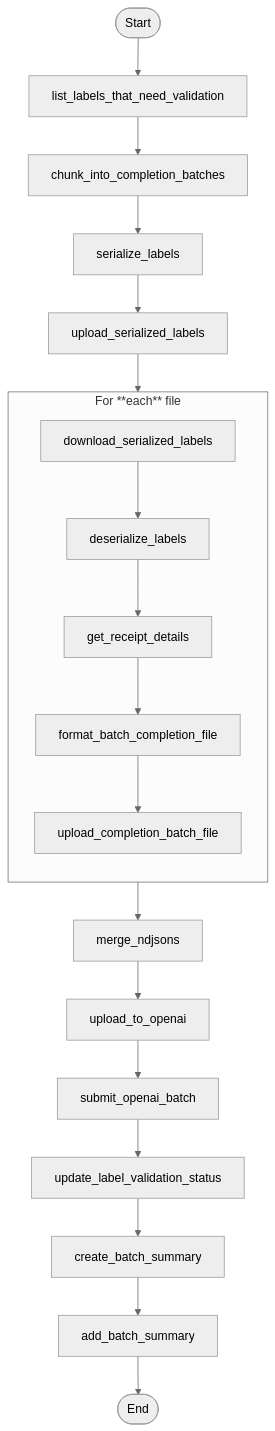
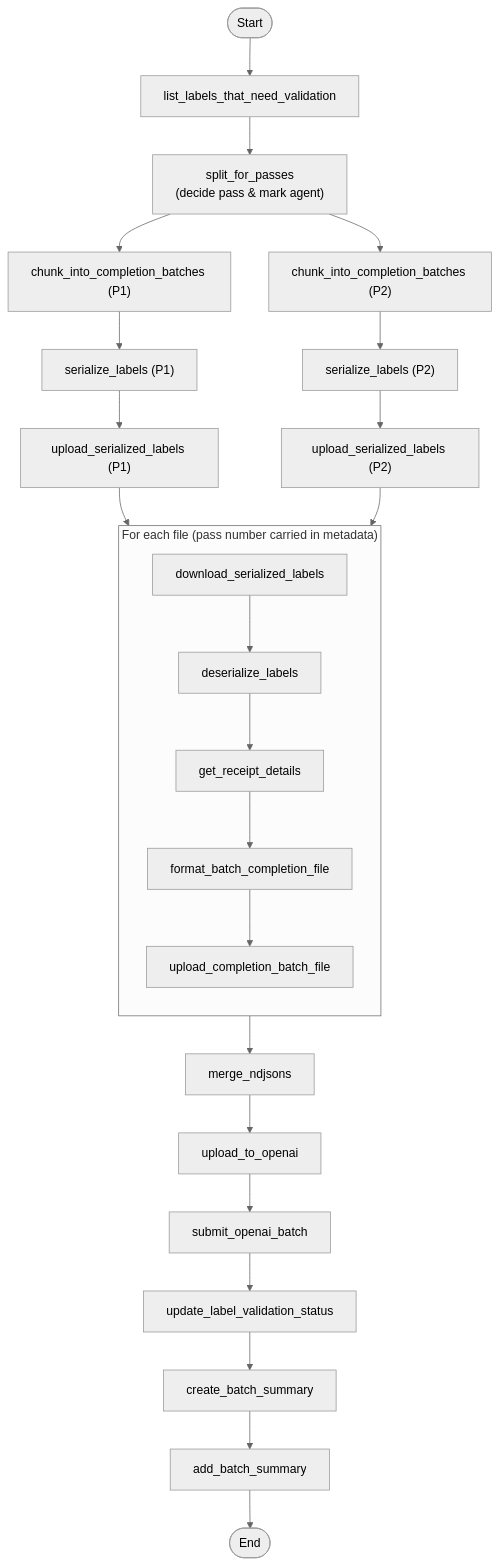
The diagram in receipt_label/receipt_label/submit_completion_batch/README.md (tnorlund/Portfolio), drawn with Mermaid (neutral theme) before and after one commit.

````diff
--- a/receipt_label/receipt_label/submit_completion_batch/README.md
+++ b/receipt_label/receipt_label/submit_completion_batch/README.md
@@ -133,28 +133,35 @@
 ```mermaid
 flowchart TB
     %% ───────── Stage 1  ─────────
     Start([Start]) --> list_labels_that_need_validation
-    list_labels_that_need_validation --> chunk_into_completion_batches
-    chunk_into_completion_batches --> serialize_labels
-    serialize_labels --> upload_serialized_labels
+    list_labels_that_need_validation --> split_for_passes["split_for_passes<br/>(decide pass & mark agent)"]
+
+    %% pass-1 path
+    split_for_passes --> chunk_p1["chunk_into_completion_batches (P1)"]
+    chunk_p1 --> serialize_p1["serialize_labels (P1)"]
+    serialize_p1 --> upload_p1["upload_serialized_labels (P1)"]
+
+    %% pass-2 path
+    split_for_passes --> chunk_p2["chunk_into_completion_batches (P2)"]
+    chunk_p2 --> serialize_p2["serialize_labels (P2)"]
+    serialize_p2 --> upload_p2["upload_serialized_labels (P2)"]
 
     %% ───────── Stage 2 : Map  ─────────
-    upload_serialized_labels --> PerReceiptMap
-
-    subgraph PerReceiptMap["For **each** file"]
+    upload_p1 & upload_p2 --> PerReceiptMap
+    subgraph PerReceiptMap["For each file (pass number carried in metadata)"]
         direction TB
         download_serialized_labels --> deserialize_labels
         deserialize_labels --> get_receipt_details
         get_receipt_details --> format_batch_completion_file
         format_batch_completion_file --> upload_completion_batch_file
     end
 
     %% ───────── Stage 3  ─────────
     PerReceiptMap --> merge_ndjsons
     merge_ndjsons --> upload_to_openai
     upload_to_openai --> submit_openai_batch
     submit_openai_batch --> update_label_validation_status
     update_label_validation_status --> create_batch_summary
     create_batch_summary --> add_batch_summary
     add_batch_summary --> End([End])
 ```
````
